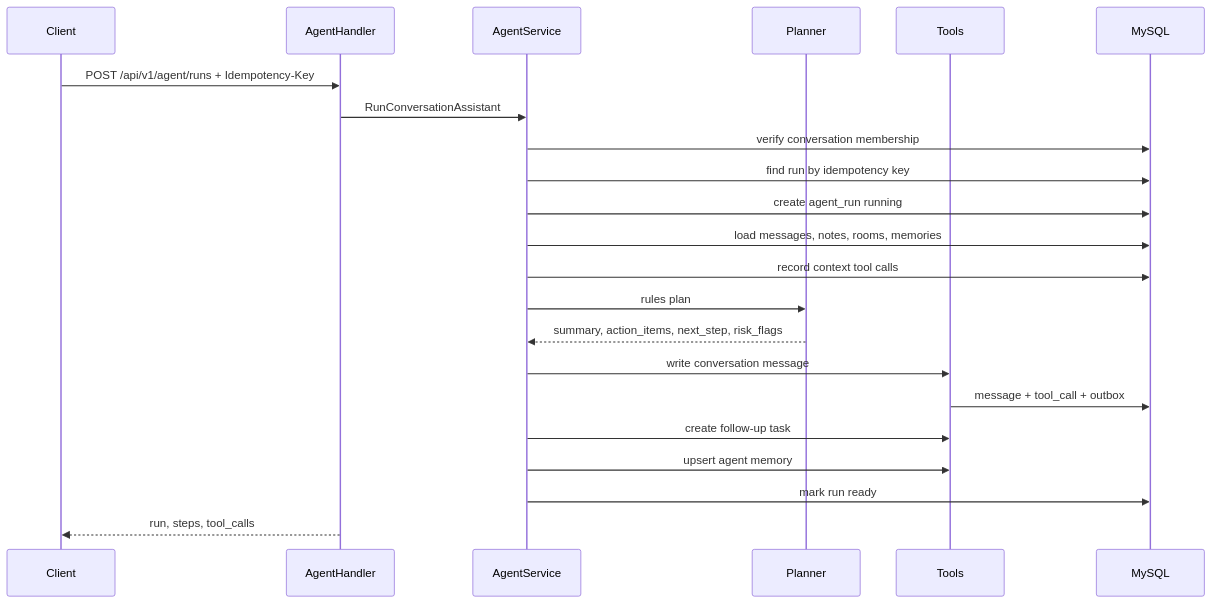
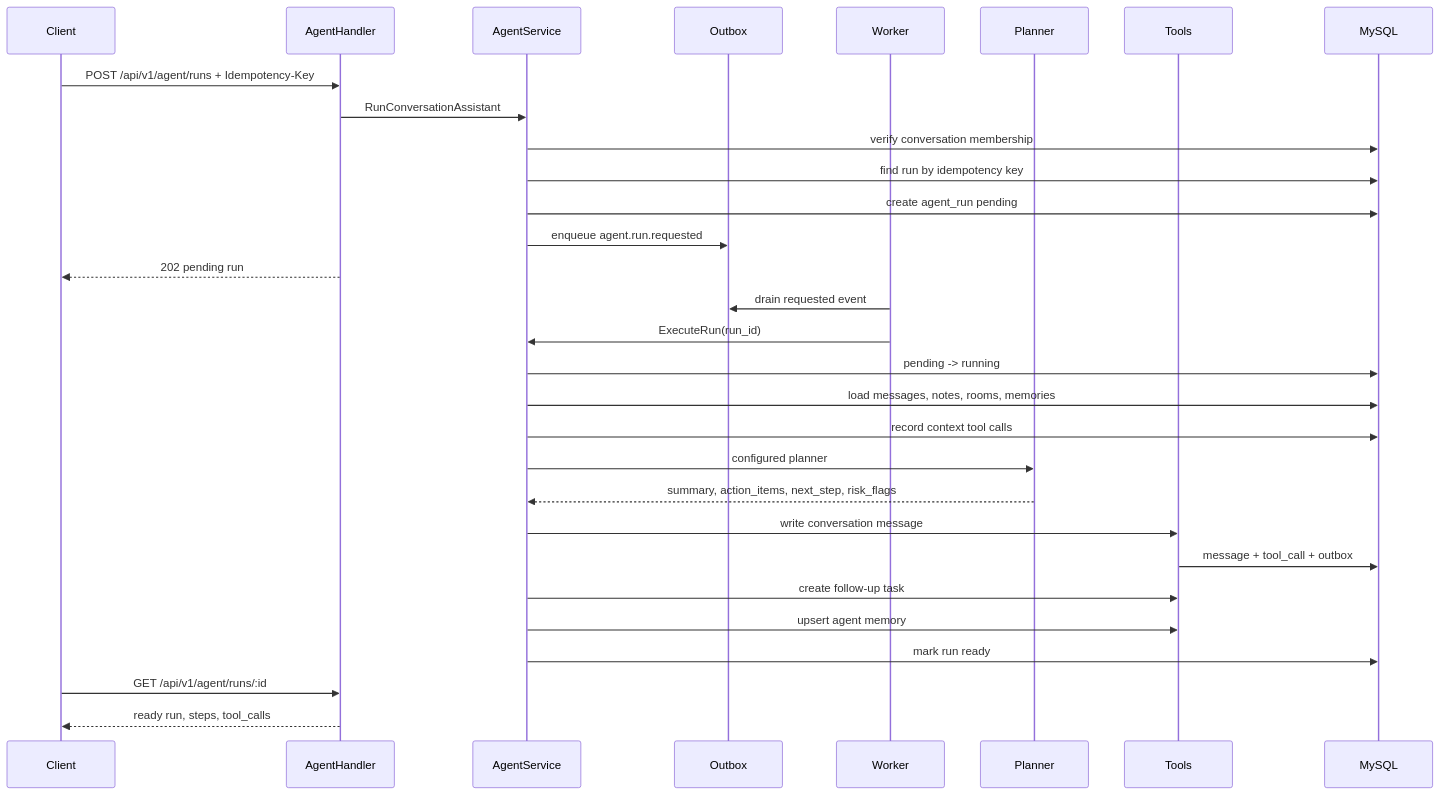
One commit to XianingY/AllCallAll changed the third of 3 diagrams in docs/interview/system-design.md. Above: the diagram before and after it, drawn with Mermaid. The commit also changed other lines of this file and 21 other files, not shown here.

Commit message:
Add async agent run queue

````diff
--- a/docs/interview/system-design.md
+++ b/docs/interview/system-design.md
@@ -78,25 +78,33 @@
 ```mermaid
 sequenceDiagram
     participant Client
     participant Handler as AgentHandler
     participant Service as AgentService
+    participant Outbox
+    participant Worker
     participant Planner
     participant Tools
     participant DB as MySQL
 
     Client->>Handler: POST /api/v1/agent/runs + Idempotency-Key
     Handler->>Service: RunConversationAssistant
     Service->>DB: verify conversation membership
     Service->>DB: find run by idempotency key
-    Service->>DB: create agent_run running
+    Service->>DB: create agent_run pending
+    Service->>Outbox: enqueue agent.run.requested
+    Handler-->>Client: 202 pending run
+    Worker->>Outbox: drain requested event
+    Worker->>Service: ExecuteRun(run_id)
+    Service->>DB: pending -> running
     Service->>DB: load messages, notes, rooms, memories
     Service->>DB: record context tool calls
-    Service->>Planner: rules plan
+    Service->>Planner: configured planner
     Planner-->>Service: summary, action_items, next_step, risk_flags
     Service->>Tools: write conversation message
     Tools->>DB: message + tool_call + outbox
     Service->>Tools: create follow-up task
     Service->>Tools: upsert agent memory
     Service->>DB: mark run ready
-    Handler-->>Client: run, steps, tool_calls
+    Client->>Handler: GET /api/v1/agent/runs/:id
+    Handler-->>Client: ready run, steps, tool_calls
 ```
````
